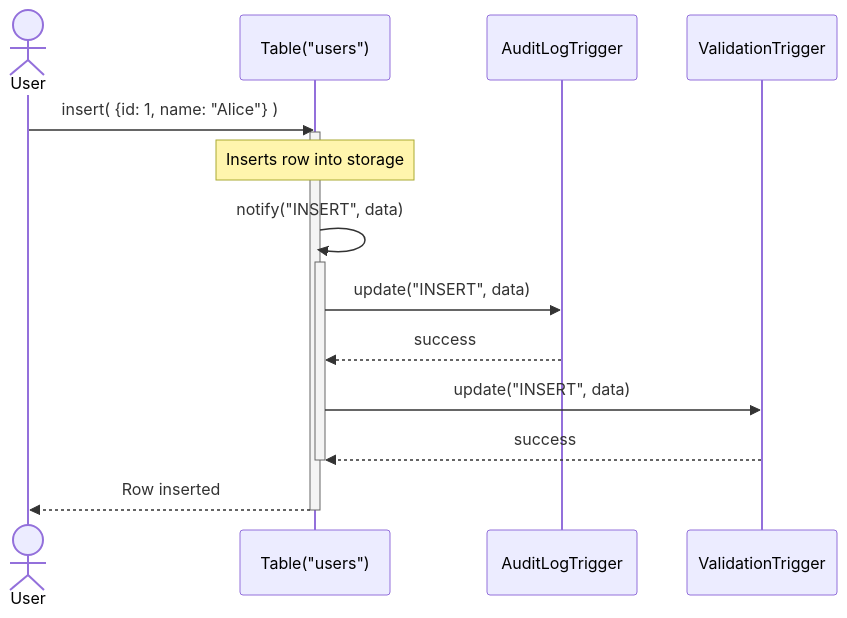
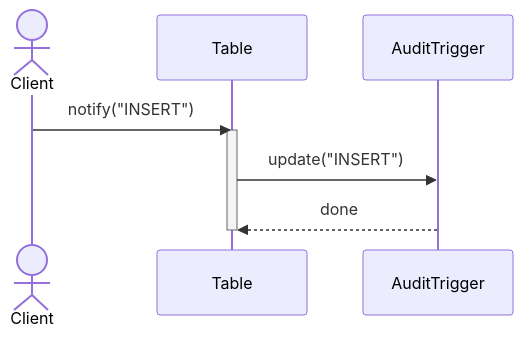
Before and after one commit to TamBui1706/DBMS: diagram 12 of 20 in DPSuggest.md, drawn with Mermaid. The commit also changed other lines of this file, not shown here.

Commit message:
table Design Patterns

````diff
--- a/DPSuggest.md
+++ b/DPSuggest.md
@@ -1103,26 +426,12 @@
 ```mermaid
 sequenceDiagram
-    actor User
-    participant Tbl as Table("users")
-    participant Aud as AuditLogTrigger
-    participant Val as ValidationTrigger
-
-    User->>Tbl: insert( {id: 1, name: "Alice"} )
-    activate Tbl
+    actor Client
+    participant T as Table
+    participant O as AuditTrigger
     
-    Note over Tbl: Inserts row into storage
-    
-    Tbl->>Tbl: notify("INSERT", data)
-    activate Tbl
-    
-    Tbl->>Aud: update("INSERT", data)
-    Aud-->>Tbl: success
-    
-    Tbl->>Val: update("INSERT", data)
-    Val-->>Tbl: success
-    
-    deactivate Tbl
-    
-    Tbl-->>User: Row inserted
-    deactivate Tbl
+    Client->>T: notify("INSERT")
+    activate T
+    T->>O: update("INSERT")
+    O-->>T: done
+    deactivate T
 ```
````
